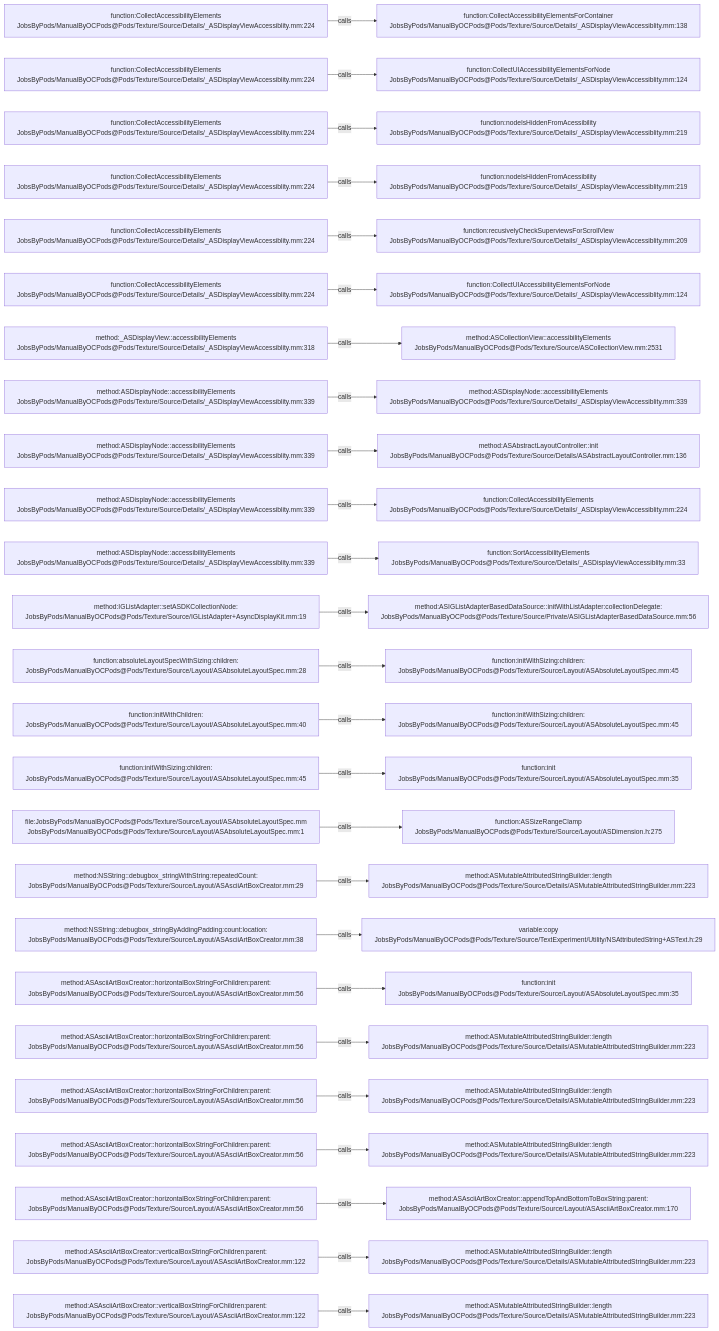
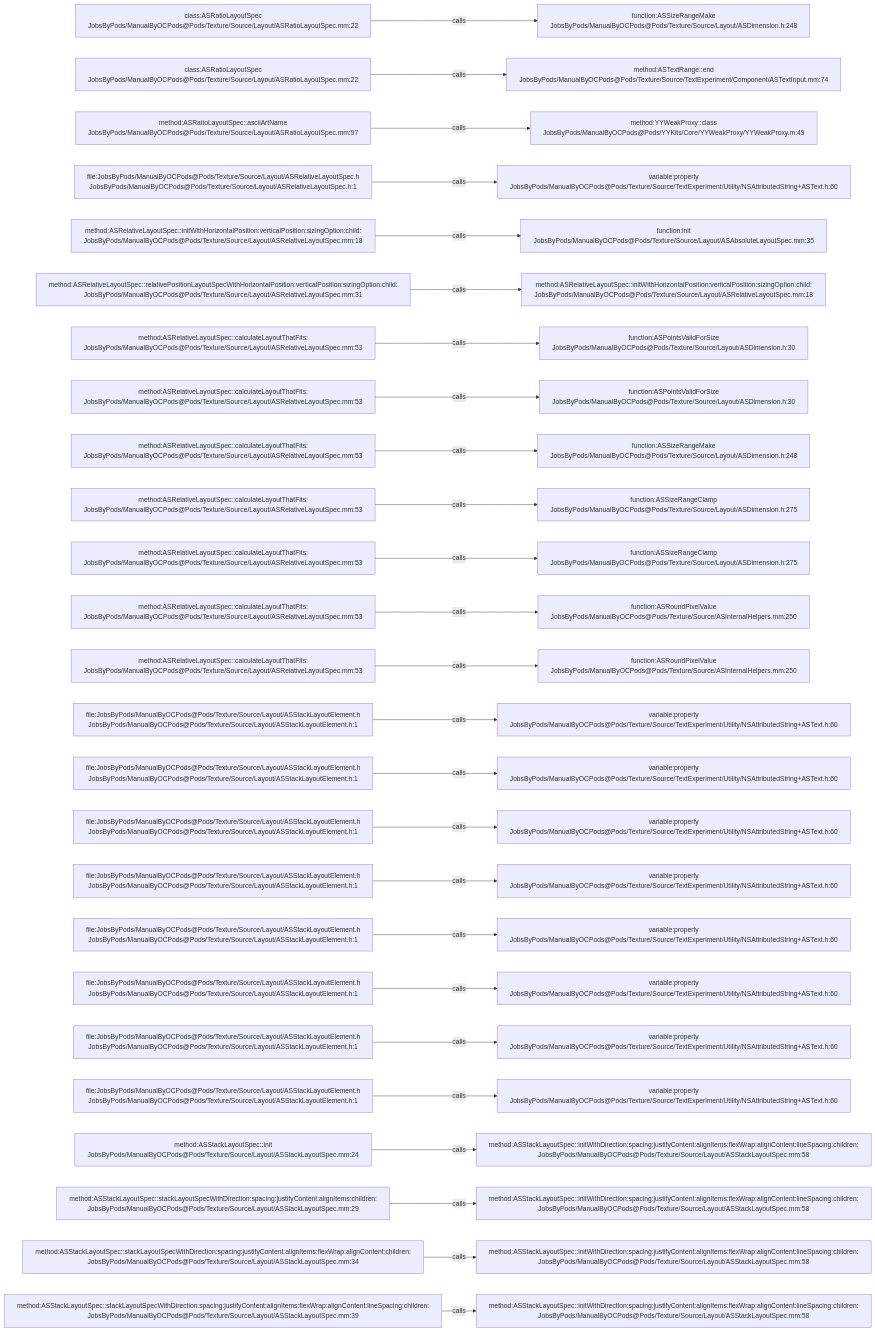
Before and after one commit to JobsKits/JobsOCBaseConfigDemo: the diagram in .codegraph/codegraph.md/graphs/calls-166.md, drawn with Mermaid. The commit also changed 2723 other files, not shown here.

````diff
--- a/.codegraph/codegraph.md/graphs/calls-166.md
+++ b/.codegraph/codegraph.md/graphs/calls-166.md
@@ -13,78 +13,78 @@
 ```mermaid
 flowchart LR
-  S1["function:CollectAccessibilityElements<br/>JobsByPods/ManualByOCPods@Pods/Texture/Source/Details/_ASDisplayViewAccessiblity.mm:224"]
-  T1["function:CollectAccessibilityElementsForContainer<br/>JobsByPods/ManualByOCPods@Pods/Texture/Source/Details/_ASDisplayViewAccessiblity.mm:138"]
+  S1["class:ASRatioLayoutSpec<br/>JobsByPods/ManualByOCPods@Pods/Texture/Source/Layout/ASRatioLayoutSpec.mm:22"]
+  T1["function:ASSizeRangeMake<br/>JobsByPods/ManualByOCPods@Pods/Texture/Source/Layout/ASDimension.h:248"]
   S1 -->|calls| T1
-  S2["function:CollectAccessibilityElements<br/>JobsByPods/ManualByOCPods@Pods/Texture/Source/Details/_ASDisplayViewAccessiblity.mm:224"]
-  T2["function:CollectUIAccessibilityElementsForNode<br/>JobsByPods/ManualByOCPods@Pods/Texture/Source/Details/_ASDisplayViewAccessiblity.mm:124"]
+  S2["class:ASRatioLayoutSpec<br/>JobsByPods/ManualByOCPods@Pods/Texture/Source/Layout/ASRatioLayoutSpec.mm:22"]
+  T2["method:ASTextRange::end<br/>JobsByPods/ManualByOCPods@Pods/Texture/Source/TextExperiment/Component/ASTextInput.mm:74"]
   S2 -->|calls| T2
-  S3["function:CollectAccessibilityElements<br/>JobsByPods/ManualByOCPods@Pods/Texture/Source/Details/_ASDisplayViewAccessiblity.mm:224"]
-  T3["function:nodeIsHiddenFromAcessibility<br/>JobsByPods/ManualByOCPods@Pods/Texture/Source/Details/_ASDisplayViewAccessiblity.mm:219"]
+  S3["method:ASRatioLayoutSpec::asciiArtName<br/>JobsByPods/ManualByOCPods@Pods/Texture/Source/Layout/ASRatioLayoutSpec.mm:97"]
+  T3["method:YYWeakProxy::class<br/>JobsByPods/ManualByOCPods@Pods/YYKits/Core/YYWeakProxy/YYWeakProxy.m:49"]
   S3 -->|calls| T3
-  S4["function:CollectAccessibilityElements<br/>JobsByPods/ManualByOCPods@Pods/Texture/Source/Details/_ASDisplayViewAccessiblity.mm:224"]
-  T4["function:nodeIsHiddenFromAcessibility<br/>JobsByPods/ManualByOCPods@Pods/Texture/Source/Details/_ASDisplayViewAccessiblity.mm:219"]
+  S4["file:JobsByPods/ManualByOCPods@Pods/Texture/Source/Layout/ASRelativeLayoutSpec.h<br/>JobsByPods/ManualByOCPods@Pods/Texture/Source/Layout/ASRelativeLayoutSpec.h:1"]
+  T4["variable:property<br/>JobsByPods/ManualByOCPods@Pods/Texture/Source/TextExperiment/Utility/NSAttributedString+ASText.h:60"]
   S4 -->|calls| T4
-  S5["function:CollectAccessibilityElements<br/>JobsByPods/ManualByOCPods@Pods/Texture/Source/Details/_ASDisplayViewAccessiblity.mm:224"]
-  T5["function:recusivelyCheckSuperviewsForScrollView<br/>JobsByPods/ManualByOCPods@Pods/Texture/Source/Details/_ASDisplayViewAccessiblity.mm:209"]
+  S5["method:ASRelativeLayoutSpec::initWithHorizontalPosition:verticalPosition:sizingOption:child:<br/>JobsByPods/ManualByOCPods@Pods/Texture/Source/Layout/ASRelativeLayoutSpec.mm:18"]
+  T5["function:init<br/>JobsByPods/ManualByOCPods@Pods/Texture/Source/Layout/ASAbsoluteLayoutSpec.mm:35"]
   S5 -->|calls| T5
-  S6["function:CollectAccessibilityElements<br/>JobsByPods/ManualByOCPods@Pods/Texture/Source/Details/_ASDisplayViewAccessiblity.mm:224"]
-  T6["function:CollectUIAccessibilityElementsForNode<br/>JobsByPods/ManualByOCPods@Pods/Texture/Source/Details/_ASDisplayViewAccessiblity.mm:124"]
+  S6["method:ASRelativeLayoutSpec::relativePositionLayoutSpecWithHorizontalPosition:verticalPosition:sizingOption:child:<br/>JobsByPods/ManualByOCPods@Pods/Texture/Source/Layout/ASRelativeLayoutSpec.mm:31"]
+  T6["method:ASRelativeLayoutSpec::initWithHorizontalPosition:verticalPosition:sizingOption:child:<br/>JobsByPods/ManualByOCPods@Pods/Texture/Source/Layout/ASRelativeLayoutSpec.mm:18"]
   S6 -->|calls| T6
-  S7["method:_ASDisplayView::accessibilityElements<br/>JobsByPods/ManualByOCPods@Pods/Texture/Source/Details/_ASDisplayViewAccessiblity.mm:318"]
-  T7["method:ASCollectionView::accessibilityElements<br/>JobsByPods/ManualByOCPods@Pods/Texture/Source/ASCollectionView.mm:2531"]
+  S7["method:ASRelativeLayoutSpec::calculateLayoutThatFits:<br/>JobsByPods/ManualByOCPods@Pods/Texture/Source/Layout/ASRelativeLayoutSpec.mm:53"]
+  T7["function:ASPointsValidForSize<br/>JobsByPods/ManualByOCPods@Pods/Texture/Source/Layout/ASDimension.h:30"]
   S7 -->|calls| T7
-  S8["method:ASDisplayNode::accessibilityElements<br/>JobsByPods/ManualByOCPods@Pods/Texture/Source/Details/_ASDisplayViewAccessiblity.mm:339"]
-  T8["method:ASDisplayNode::accessibilityElements<br/>JobsByPods/ManualByOCPods@Pods/Texture/Source/Details/_ASDisplayViewAccessiblity.mm:339"]
+  S8["method:ASRelativeLayoutSpec::calculateLayoutThatFits:<br/>JobsByPods/ManualByOCPods@Pods/Texture/Source/Layout/ASRelativeLayoutSpec.mm:53"]
+  T8["function:ASPointsValidForSize<br/>JobsByPods/ManualByOCPods@Pods/Texture/Source/Layout/ASDimension.h:30"]
   S8 -->|calls| T8
-  S9["method:ASDisplayNode::accessibilityElements<br/>JobsByPods/ManualByOCPods@Pods/Texture/Source/Details/_ASDisplayViewAccessiblity.mm:339"]
-  T9["method:ASAbstractLayoutController::init<br/>JobsByPods/ManualByOCPods@Pods/Texture/Source/Details/ASAbstractLayoutController.mm:136"]
+  S9["method:ASRelativeLayoutSpec::calculateLayoutThatFits:<br/>JobsByPods/ManualByOCPods@Pods/Texture/Source/Layout/ASRelativeLayoutSpec.mm:53"]
+  T9["function:ASSizeRangeMake<br/>JobsByPods/ManualByOCPods@Pods/Texture/Source/Layout/ASDimension.h:248"]
   S9 -->|calls| T9
-  S10["method:ASDisplayNode::accessibilityElements<br/>JobsByPods/ManualByOCPods@Pods/Texture/Source/Details/_ASDisplayViewAccessiblity.mm:339"]
-  T10["function:CollectAccessibilityElements<br/>JobsByPods/ManualByOCPods@Pods/Texture/Source/Details/_ASDisplayViewAccessiblity.mm:224"]
+  S10["method:ASRelativeLayoutSpec::calculateLayoutThatFits:<br/>JobsByPods/ManualByOCPods@Pods/Texture/Source/Layout/ASRelativeLayoutSpec.mm:53"]
+  T10["function:ASSizeRangeClamp<br/>JobsByPods/ManualByOCPods@Pods/Texture/Source/Layout/ASDimension.h:275"]
   S10 -->|calls| T10
-  S11["method:ASDisplayNode::accessibilityElements<br/>JobsByPods/ManualByOCPods@Pods/Texture/Source/Details/_ASDisplayViewAccessiblity.mm:339"]
-  T11["function:SortAccessibilityElements<br/>JobsByPods/ManualByOCPods@Pods/Texture/Source/Details/_ASDisplayViewAccessiblity.mm:33"]
+  S11["method:ASRelativeLayoutSpec::calculateLayoutThatFits:<br/>JobsByPods/ManualByOCPods@Pods/Texture/Source/Layout/ASRelativeLayoutSpec.mm:53"]
+  T11["function:ASSizeRangeClamp<br/>JobsByPods/ManualByOCPods@Pods/Texture/Source/Layout/ASDimension.h:275"]
   S11 -->|calls| T11
-  S12["method:IGListAdapter::setASDKCollectionNode:<br/>JobsByPods/ManualByOCPods@Pods/Texture/Source/IGListAdapter+AsyncDisplayKit.mm:19"]
-  T12["method:ASIGListAdapterBasedDataSource::initWithListAdapter:collectionDelegate:<br/>JobsByPods/ManualByOCPods@Pods/Texture/Source/Private/ASIGListAdapterBasedDataSource.mm:56"]
+  S12["method:ASRelativeLayoutSpec::calculateLayoutThatFits:<br/>JobsByPods/ManualByOCPods@Pods/Texture/Source/Layout/ASRelativeLayoutSpec.mm:53"]
+  T12["function:ASRoundPixelValue<br/>JobsByPods/ManualByOCPods@Pods/Texture/Source/ASInternalHelpers.mm:250"]
   S12 -->|calls| T12
-  S13["function:absoluteLayoutSpecWithSizing:children:<br/>JobsByPods/ManualByOCPods@Pods/Texture/Source/Layout/ASAbsoluteLayoutSpec.mm:28"]
-  T13["function:initWithSizing:children:<br/>JobsByPods/ManualByOCPods@Pods/Texture/Source/Layout/ASAbsoluteLayoutSpec.mm:45"]
+  S13["method:ASRelativeLayoutSpec::calculateLayoutThatFits:<br/>JobsByPods/ManualByOCPods@Pods/Texture/Source/Layout/ASRelativeLayoutSpec.mm:53"]
+  T13["function:ASRoundPixelValue<br/>JobsByPods/ManualByOCPods@Pods/Texture/Source/ASInternalHelpers.mm:250"]
   S13 -->|calls| T13
-  S14["function:initWithChildren:<br/>JobsByPods/ManualByOCPods@Pods/Texture/Source/Layout/ASAbsoluteLayoutSpec.mm:40"]
-  T14["function:initWithSizing:children:<br/>JobsByPods/ManualByOCPods@Pods/Texture/Source/Layout/ASAbsoluteLayoutSpec.mm:45"]
+  S14["file:JobsByPods/ManualByOCPods@Pods/Texture/Source/Layout/ASStackLayoutElement.h<br/>JobsByPods/ManualByOCPods@Pods/Texture/Source/Layout/ASStackLayoutElement.h:1"]
+  T14["variable:property<br/>JobsByPods/ManualByOCPods@Pods/Texture/Source/TextExperiment/Utility/NSAttributedString+ASText.h:60"]
   S14 -->|calls| T14
-  S15["function:initWithSizing:children:<br/>JobsByPods/ManualByOCPods@Pods/Texture/Source/Layout/ASAbsoluteLayoutSpec.mm:45"]
-  T15["function:init<br/>JobsByPods/ManualByOCPods@Pods/Texture/Source/Layout/ASAbsoluteLayoutSpec.mm:35"]
+  S15["file:JobsByPods/ManualByOCPods@Pods/Texture/Source/Layout/ASStackLayoutElement.h<br/>JobsByPods/ManualByOCPods@Pods/Texture/Source/Layout/ASStackLayoutElement.h:1"]
+  T15["variable:property<br/>JobsByPods/ManualByOCPods@Pods/Texture/Source/TextExperiment/Utility/NSAttributedString+ASText.h:60"]
   S15 -->|calls| T15
-  S16["file:JobsByPods/ManualByOCPods@Pods/Texture/Source/Layout/ASAbsoluteLayoutSpec.mm<br/>JobsByPods/ManualByOCPods@Pods/Texture/Source/Layout/ASAbsoluteLayoutSpec.mm:1"]
-  T16["function:ASSizeRangeClamp<br/>JobsByPods/ManualByOCPods@Pods/Texture/Source/Layout/ASDimension.h:275"]
+  S16["file:JobsByPods/ManualByOCPods@Pods/Texture/Source/Layout/ASStackLayoutElement.h<br/>JobsByPods/ManualByOCPods@Pods/Texture/Source/Layout/ASStackLayoutElement.h:1"]
+  T16["variable:property<br/>JobsByPods/ManualByOCPods@Pods/Texture/Source/TextExperiment/Utility/NSAttributedString+ASText.h:60"]
   S16 -->|calls| T16
-  S17["method:NSString::debugbox_stringWithString:repeatedCount:<br/>JobsByPods/ManualByOCPods@Pods/Texture/Source/Layout/ASAsciiArtBoxCreator.mm:29"]
-  T17["method:ASMutableAttributedStringBuilder::length<br/>JobsByPods/ManualByOCPods@Pods/Texture/Source/Details/ASMutableAttributedStringBuilder.mm:223"]
+  S17["file:JobsByPods/ManualByOCPods@Pods/Texture/Source/Layout/ASStackLayoutElement.h<br/>JobsByPods/ManualByOCPods@Pods/Texture/Source/Layout/ASStackLayoutElement.h:1"]
+  T17["variable:property<br/>JobsByPods/ManualByOCPods@Pods/Texture/Source/TextExperiment/Utility/NSAttributedString+ASText.h:60"]
   S17 -->|calls| T17
-  S18["method:NSString::debugbox_stringByAddingPadding:count:location:<br/>JobsByPods/ManualByOCPods@Pods/Texture/Source/Layout/ASAsciiArtBoxCreator.mm:38"]
-  T18["variable:copy<br/>JobsByPods/ManualByOCPods@Pods/Texture/Source/TextExperiment/Utility/NSAttributedString+ASText.h:29"]
+  S18["file:JobsByPods/ManualByOCPods@Pods/Texture/Source/Layout/ASStackLayoutElement.h<br/>JobsByPods/ManualByOCPods@Pods/Texture/Source/Layout/ASStackLayoutElement.h:1"]
+  T18["variable:property<br/>JobsByPods/ManualByOCPods@Pods/Texture/Source/TextExperiment/Utility/NSAttributedString+ASText.h:60"]
   S18 -->|calls| T18
-  S19["method:ASAsciiArtBoxCreator::horizontalBoxStringForChildren:parent:<br/>JobsByPods/ManualByOCPods@Pods/Texture/Source/Layout/ASAsciiArtBoxCreator.mm:56"]
-  T19["function:init<br/>JobsByPods/ManualByOCPods@Pods/Texture/Source/Layout/ASAbsoluteLayoutSpec.mm:35"]
+  S19["file:JobsByPods/ManualByOCPods@Pods/Texture/Source/Layout/ASStackLayoutElement.h<br/>JobsByPods/ManualByOCPods@Pods/Texture/Source/Layout/ASStackLayoutElement.h:1"]
+  T19["variable:property<br/>JobsByPods/ManualByOCPods@Pods/Texture/Source/TextExperiment/Utility/NSAttributedString+ASText.h:60"]
   S19 -->|calls| T19
-  S20["method:ASAsciiArtBoxCreator::horizontalBoxStringForChildren:parent:<br/>JobsByPods/ManualByOCPods@Pods/Texture/Source/Layout/ASAsciiArtBoxCreator.mm:56"]
-  T20["method:ASMutableAttributedStringBuilder::length<br/>JobsByPods/ManualByOCPods@Pods/Texture/Source/Details/ASMutableAttributedStringBuilder.mm:223"]
+  S20["file:JobsByPods/ManualByOCPods@Pods/Texture/Source/Layout/ASStackLayoutElement.h<br/>JobsByPods/ManualByOCPods@Pods/Texture/Source/Layout/ASStackLayoutElement.h:1"]
+  T20["variable:property<br/>JobsByPods/ManualByOCPods@Pods/Texture/Source/TextExperiment/Utility/NSAttributedString+ASText.h:60"]
   S20 -->|calls| T20
-  S21["method:ASAsciiArtBoxCreator::horizontalBoxStringForChildren:parent:<br/>JobsByPods/ManualByOCPods@Pods/Texture/Source/Layout/ASAsciiArtBoxCreator.mm:56"]
-  T21["method:ASMutableAttributedStringBuilder::length<br/>JobsByPods/ManualByOCPods@Pods/Texture/Source/Details/ASMutableAttributedStringBuilder.mm:223"]
+  S21["file:JobsByPods/ManualByOCPods@Pods/Texture/Source/Layout/ASStackLayoutElement.h<br/>JobsByPods/ManualByOCPods@Pods/Texture/Source/Layout/ASStackLayoutElement.h:1"]
+  T21["variable:property<br/>JobsByPods/ManualByOCPods@Pods/Texture/Source/TextExperiment/Utility/NSAttributedString+ASText.h:60"]
   S21 -->|calls| T21
-  S22["method:ASAsciiArtBoxCreator::horizontalBoxStringForChildren:parent:<br/>JobsByPods/ManualByOCPods@Pods/Texture/Source/Layout/ASAsciiArtBoxCreator.mm:56"]
-  T22["method:ASMutableAttributedStringBuilder::length<br/>JobsByPods/ManualByOCPods@Pods/Texture/Source/Details/ASMutableAttributedStringBuilder.mm:223"]
+  S22["method:ASStackLayoutSpec::init<br/>JobsByPods/ManualByOCPods@Pods/Texture/Source/Layout/ASStackLayoutSpec.mm:24"]
+  T22["method:ASStackLayoutSpec::initWithDirection:spacing:justifyContent:alignItems:flexWrap:alignContent:lineSpacing:children:<br/>JobsByPods/ManualByOCPods@Pods/Texture/Source/Layout/ASStackLayoutSpec.mm:58"]
   S22 -->|calls| T22
-  S23["method:ASAsciiArtBoxCreator::horizontalBoxStringForChildren:parent:<br/>JobsByPods/ManualByOCPods@Pods/Texture/Source/Layout/ASAsciiArtBoxCreator.mm:56"]
-  T23["method:ASAsciiArtBoxCreator::appendTopAndBottomToBoxString:parent:<br/>JobsByPods/ManualByOCPods@Pods/Texture/Source/Layout/ASAsciiArtBoxCreator.mm:170"]
+  S23["method:ASStackLayoutSpec::stackLayoutSpecWithDirection:spacing:justifyContent:alignItems:children:<br/>JobsByPods/ManualByOCPods@Pods/Texture/Source/Layout/ASStackLayoutSpec.mm:29"]
+  T23["method:ASStackLayoutSpec::initWithDirection:spacing:justifyContent:alignItems:flexWrap:alignContent:lineSpacing:children:<br/>JobsByPods/ManualByOCPods@Pods/Texture/Source/Layout/ASStackLayoutSpec.mm:58"]
   S23 -->|calls| T23
-  S24["method:ASAsciiArtBoxCreator::verticalBoxStringForChildren:parent:<br/>JobsByPods/ManualByOCPods@Pods/Texture/Source/Layout/ASAsciiArtBoxCreator.mm:122"]
-  T24["method:ASMutableAttributedStringBuilder::length<br/>JobsByPods/ManualByOCPods@Pods/Texture/Source/Details/ASMutableAttributedStringBuilder.mm:223"]
+  S24["method:ASStackLayoutSpec::stackLayoutSpecWithDirection:spacing:justifyContent:alignItems:flexWrap:alignContent:children:<br/>JobsByPods/ManualByOCPods@Pods/Texture/Source/Layout/ASStackLayoutSpec.mm:34"]
+  T24["method:ASStackLayoutSpec::initWithDirection:spacing:justifyContent:alignItems:flexWrap:alignContent:lineSpacing:children:<br/>JobsByPods/ManualByOCPods@Pods/Texture/Source/Layout/ASStackLayoutSpec.mm:58"]
   S24 -->|calls| T24
-  S25["method:ASAsciiArtBoxCreator::verticalBoxStringForChildren:parent:<br/>JobsByPods/ManualByOCPods@Pods/Texture/Source/Layout/ASAsciiArtBoxCreator.mm:122"]
-  T25["method:ASMutableAttributedStringBuilder::length<br/>JobsByPods/ManualByOCPods@Pods/Texture/Source/Details/ASMutableAttributedStringBuilder.mm:223"]
+  S25["method:ASStackLayoutSpec::stackLayoutSpecWithDirection:spacing:justifyContent:alignItems:flexWrap:alignContent:lineSpacing:children:<br/>JobsByPods/ManualByOCPods@Pods/Texture/Source/Layout/ASStackLayoutSpec.mm:39"]
+  T25["method:ASStackLayoutSpec::initWithDirection:spacing:justifyContent:alignItems:flexWrap:alignContent:lineSpacing:children:<br/>JobsByPods/ManualByOCPods@Pods/Texture/Source/Layout/ASStackLayoutSpec.mm:58"]
   S25 -->|calls| T25
 ```
````
